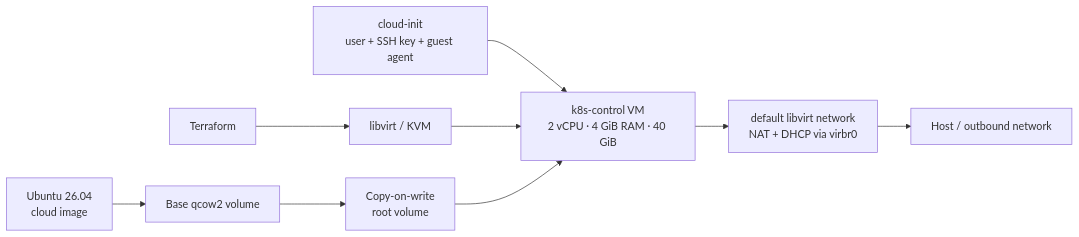
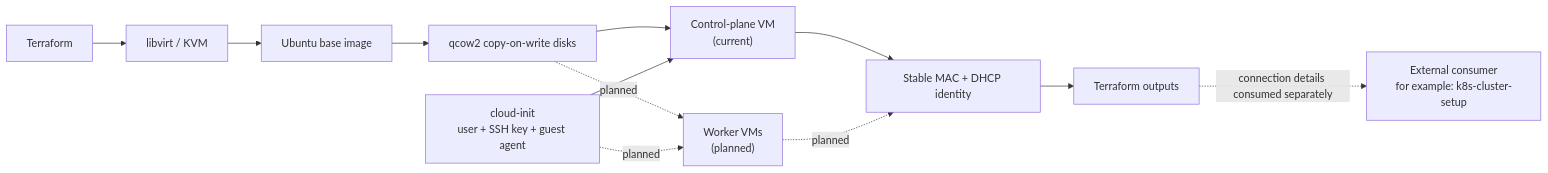
One commit to edimatt/k8s-terraform-cluster-setup changed the diagram in README.md. Above: the diagram before and after it, drawn with Mermaid. The commit also changed other lines of this file, not shown here.

````diff
--- a/README.md
+++ b/README.md
@@ -25,11 +51,14 @@
 ```mermaid
 flowchart LR
     TF["Terraform"] --> LV["libvirt / KVM"]
-    CI["cloud-init<br/>user + SSH key + guest agent"] --> VM
-    IMG["Ubuntu 26.04<br/>cloud image"] --> BASE["Base qcow2 volume"]
-    BASE --> ROOT["Copy-on-write<br/>root volume"]
-    LV --> VM["k8s-control VM<br/>2 vCPU · 4 GiB RAM · 40 GiB"]
-    ROOT --> VM
-    VM --> NET["default libvirt network<br/>NAT + DHCP via virbr0"]
-    NET --> LAN["Host / outbound network"]
+    LV --> IMG["Ubuntu base image"]
+    IMG --> DISKS["qcow2 copy-on-write disks"]
+    DISKS --> CP["Control-plane VM<br/>(current)"]
+    DISKS -. planned .-> WK["Worker VMs<br/>(planned)"]
+    CI["cloud-init<br/>user + SSH key + guest agent"] --> CP
+    CI -. planned .-> WK
+    CP --> ID["Stable MAC + DHCP identity"]
+    WK -. planned .-> ID
+    ID --> OUT["Terraform outputs"]
+    OUT -. connection details consumed separately .-> EXT["External consumer<br/>for example: k8s-cluster-setup"]
 ```
````
